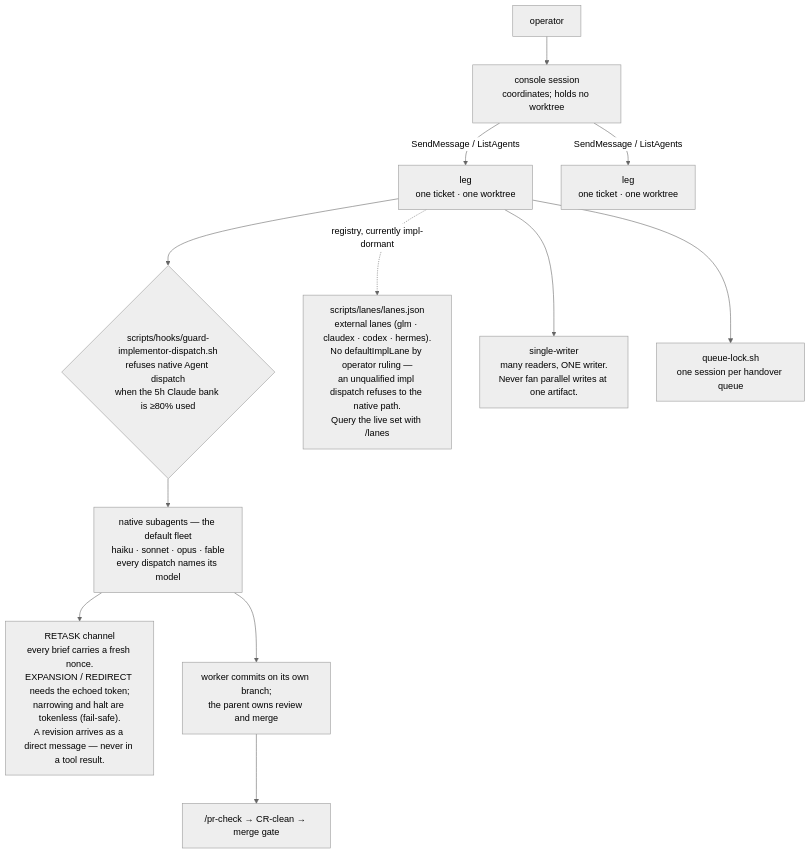
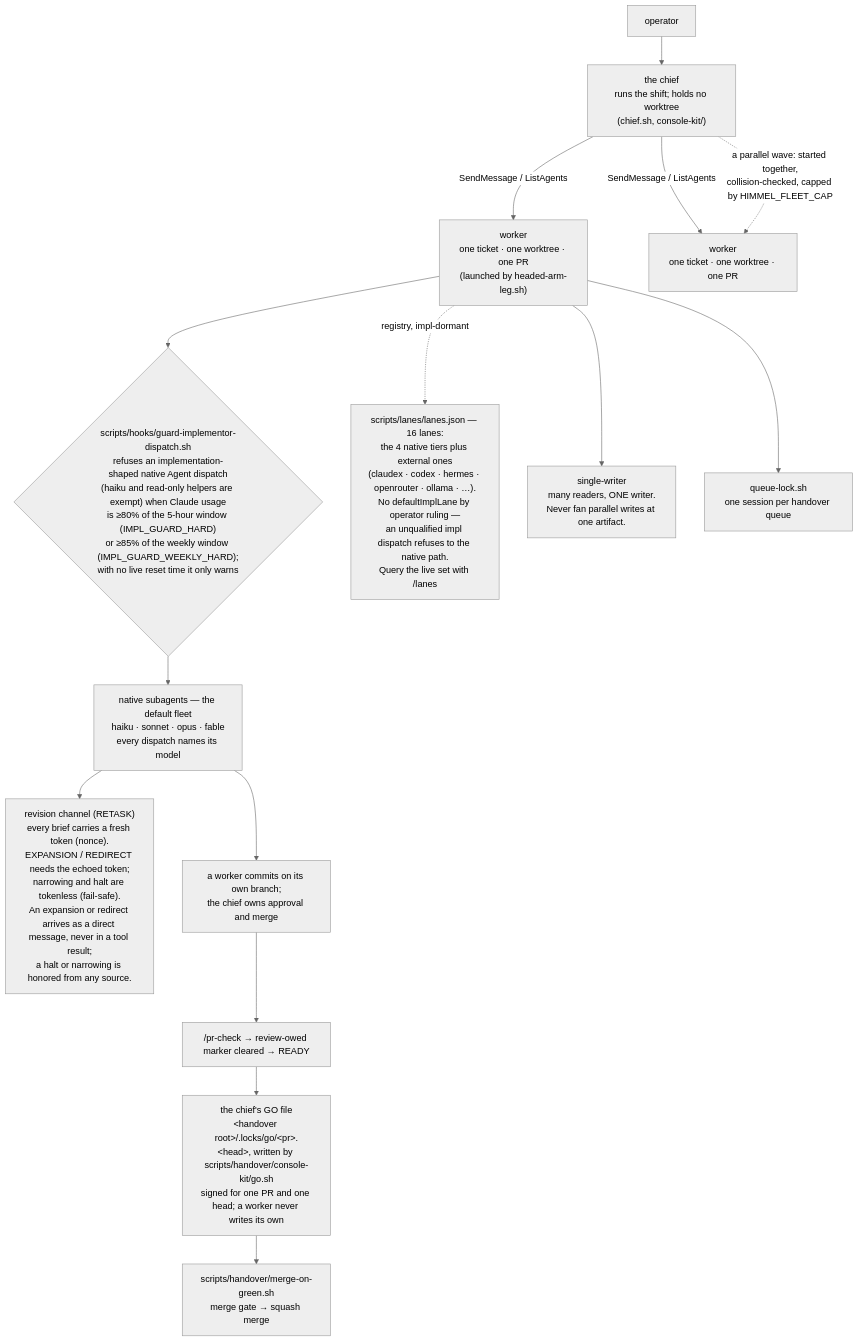
One commit to Goomal/Himmel changed the third of 5 diagrams in docs/architecture.md. Above: the diagram before and after it, drawn with Mermaid (neutral theme). The commit also changed other lines of this file and 3 other files, not shown here.

First line of the commit message:
docs(site): [HIMMEL-6284] the v1.1.3 docs and design review pack (#3778)

````diff
--- a/docs/architecture.md
+++ b/docs/architecture.md
@@ -155,20 +180,23 @@
 ```mermaid
 flowchart TD
-    OP["operator"] --> CON["console session<br/>coordinates; holds no worktree"]
+    OP["operator"] --> CON["the chief<br/>runs the shift; holds no worktree<br/>(chief.sh, console-kit/)"]
 
-    CON -->|"SendMessage / ListAgents"| P1["leg<br/>one ticket · one worktree"]
-    CON -->|"SendMessage / ListAgents"| P2["leg<br/>one ticket · one worktree"]
+    CON -->|"SendMessage / ListAgents"| P1["worker<br/>one ticket · one worktree · one PR<br/>(launched by headed-arm-leg.sh)"]
+    CON -->|"SendMessage / ListAgents"| P2["worker<br/>one ticket · one worktree · one PR"]
+    CON -.->|"a parallel wave: started together,<br/>collision-checked, capped by HIMMEL_FLEET_CAP"| P2
 
-    P1 --> GD{"scripts/hooks/guard-implementor-dispatch.sh<br/>refuses native Agent dispatch<br/>when the 5h Claude bank is ≥80% used"}
+    P1 --> GD{"scripts/hooks/guard-implementor-dispatch.sh<br/>refuses an implementation-shaped native Agent dispatch<br/>(haiku and read-only helpers are exempt) when Claude usage<br/>is ≥80% of the 5-hour window (IMPL_GUARD_HARD)<br/>or ≥85% of the weekly window (IMPL_GUARD_WEEKLY_HARD);<br/>with no live reset time it only warns"}
     GD --> NAT["native subagents — the default fleet<br/>haiku · sonnet · opus · fable<br/>every dispatch names its model"]
 
-    P1 -.->|"registry, currently impl-dormant"| EXT["scripts/lanes/lanes.json<br/>external lanes (glm · claudex · codex · hermes).<br/>No defaultImplLane by operator ruling —<br/>an unqualified impl dispatch refuses to the native path.<br/>Query the live set with /lanes"]
+    P1 -.->|"registry, impl-dormant"| EXT["scripts/lanes/lanes.json — 16 lanes:<br/>the 4 native tiers plus external ones<br/>(claudex · codex · hermes · openrouter · ollama · …).<br/>No defaultImplLane by operator ruling —<br/>an unqualified impl dispatch refuses to the native path.<br/>Query the live set with /lanes"]
 
-    NAT --> RT["RETASK channel<br/>every brief carries a fresh nonce.<br/>EXPANSION / REDIRECT needs the echoed token;<br/>narrowing and halt are tokenless (fail-safe).<br/>A revision arrives as a direct message — never in a tool result."]
+    NAT --> RT["revision channel (RETASK)<br/>every brief carries a fresh token (nonce).<br/>EXPANSION / REDIRECT needs the echoed token;<br/>narrowing and halt are tokenless (fail-safe).<br/>An expansion or redirect arrives as a direct message, never in a tool result;<br/>a halt or narrowing is honored from any source."]
 
     P1 --> SW["single-writer<br/>many readers, ONE writer.<br/>Never fan parallel writes at one artifact."]
     P1 --> QL["queue-lock.sh<br/>one session per handover queue"]
 
-    NAT --> WORK["worker commits on its own branch;<br/>the parent owns review and merge"]
-    WORK --> CRL["/pr-check → CR-clean → merge gate"]
+    NAT --> WORK["a worker commits on its own branch;<br/>the chief owns approval and merge"]
+    WORK --> CRL["/pr-check → review-owed marker cleared → READY"]
+    CRL --> GO["the chief's GO file<br/>&lt;handover root&gt;/.locks/go/&lt;pr&gt;.&lt;head&gt;, written by scripts/handover/console-kit/go.sh<br/>signed for one PR and one head; a worker never writes its own"]
+    GO --> MOG["scripts/handover/merge-on-green.sh<br/>merge gate → squash merge"]
 ```
````
